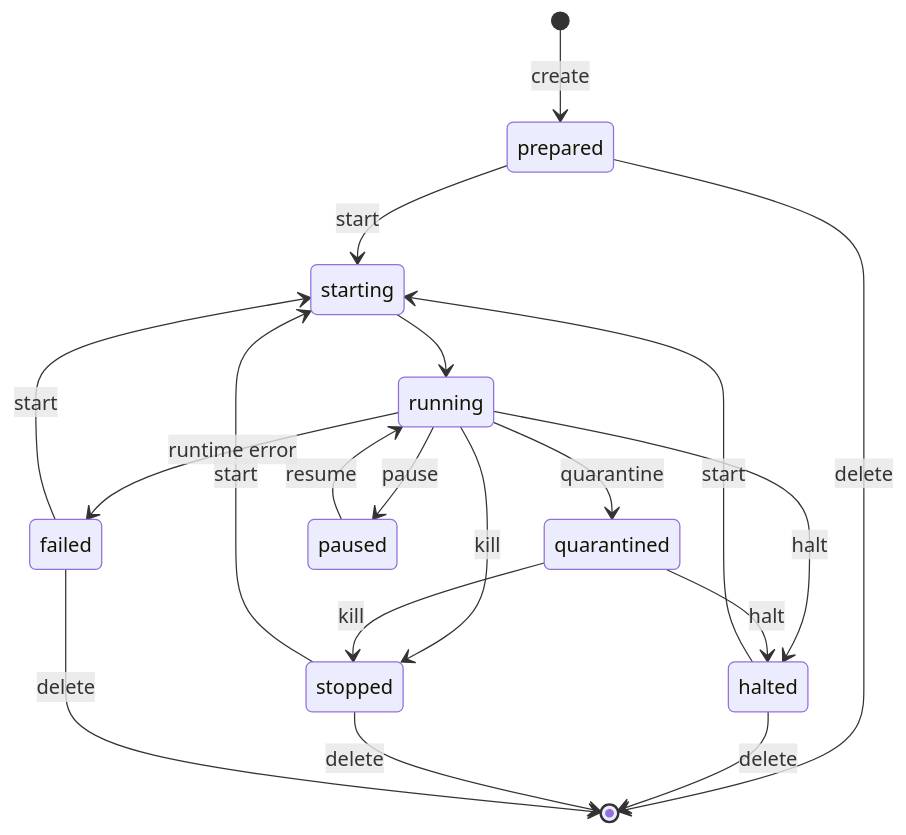
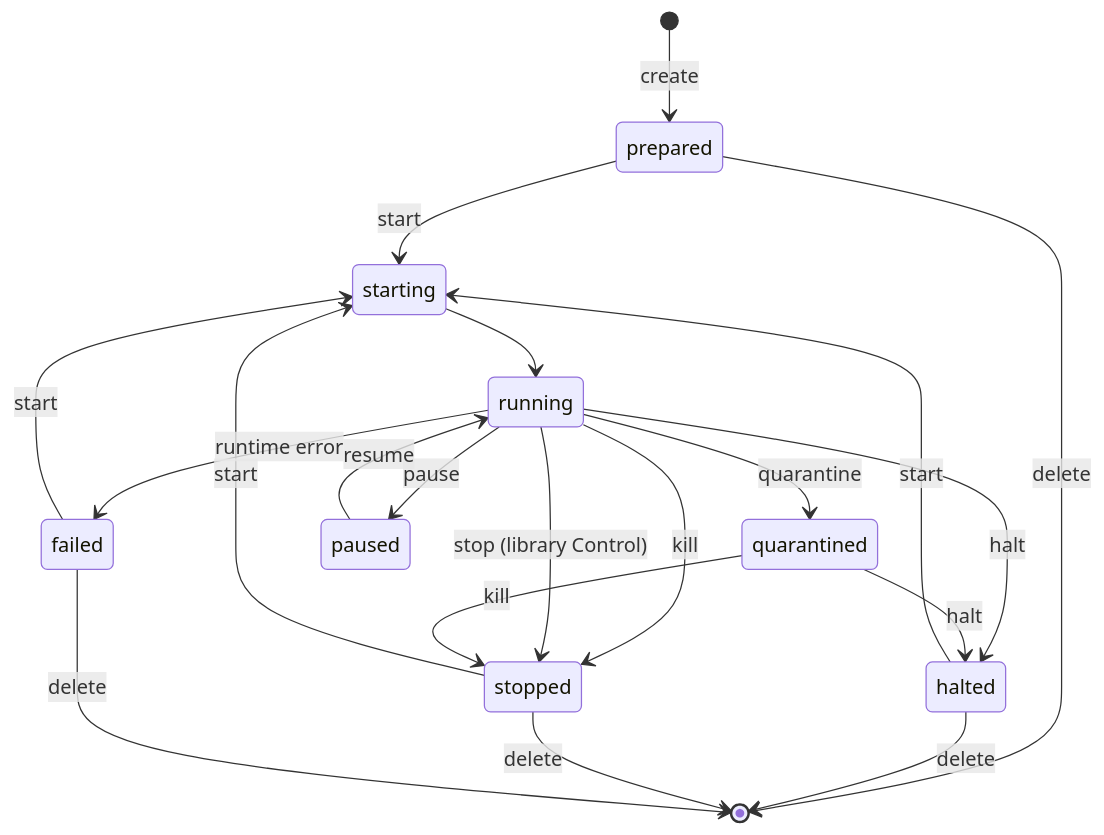
One commit to geoffbelknap/microagent changed the diagram in docs/concepts/state-and-identity.md. Above: the diagram before and after it, drawn with Mermaid. The commit also changed other lines of this file and 3 other files, not shown here.

Commit message:
docs: scope the stop alias to the CLI; library Control("stop") still records stopped

````diff
--- a/docs/concepts/state-and-identity.md
+++ b/docs/concepts/state-and-identity.md
@@ -137,27 +140,28 @@
 ```mermaid
 stateDiagram-v2
     [*] --> prepared : create
 
     prepared --> starting : start
     halted    --> starting : start
     stopped   --> starting : start
     failed    --> starting : start
 
     starting --> running
 
     running --> halted      : halt
     running --> stopped     : kill
+    running --> stopped     : stop (library Control)
     running --> quarantined : quarantine
     running --> failed      : runtime error
 
     running --> paused      : pause
     paused  --> running     : resume
 
     quarantined --> halted  : halt
     quarantined --> stopped : kill
 
     prepared --> [*] : delete
     halted   --> [*] : delete
     stopped  --> [*] : delete
     failed   --> [*] : delete
 ```
````
